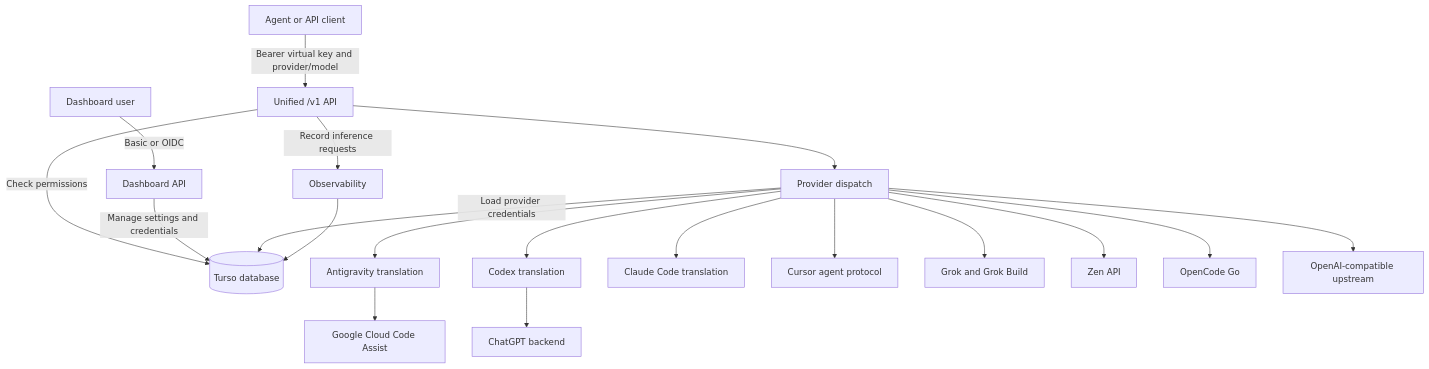
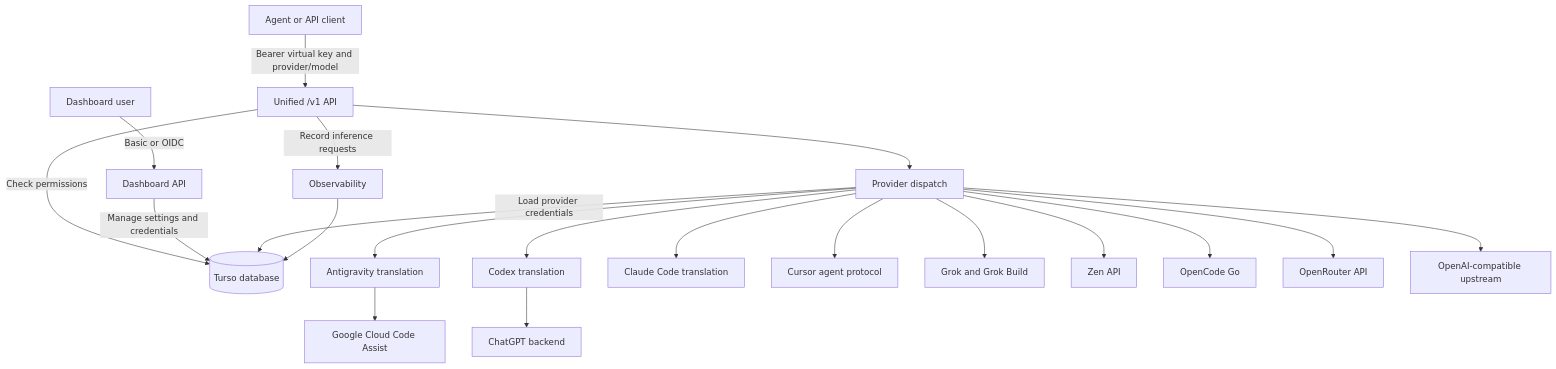
The diagram in docs/architecture.md (Delnegend/zero-g), drawn with Mermaid before and after one commit. The commit also changed other lines of this file and 22 other files, not shown here.

````diff
--- a/docs/architecture.md
+++ b/docs/architecture.md
@@ -7,21 +7,22 @@
 ```mermaid
 flowchart TD
     Agent[Agent or API client] -->|Bearer virtual key and provider/model| API[Unified /v1 API]
     Browser[Dashboard user] -->|Basic or OIDC| Dashboard[Dashboard API]
     API -->|Check permissions| DB[(Turso database)]
     Dashboard -->|Manage settings and credentials| DB
     API --> Router[Provider dispatch]
     Router -->|Load provider credentials| DB
     Router --> AGY[Antigravity translation]
     Router --> Codex[Codex translation]
     Router --> Claude[Claude Code translation]
     Router --> Cursor[Cursor agent protocol]
     Router --> Grok[Grok and Grok Build]
     Router --> Zen[Zen API]
     Router --> Go[OpenCode Go]
+    Router --> OpenRouter[OpenRouter API]
     Router --> Custom[OpenAI-compatible upstream]
     AGY --> Google[Google Cloud Code Assist]
     Codex --> OpenAI[ChatGPT backend]
     API -->|Record inference requests| Logs[Observability]
     Logs --> DB
 ```
````
